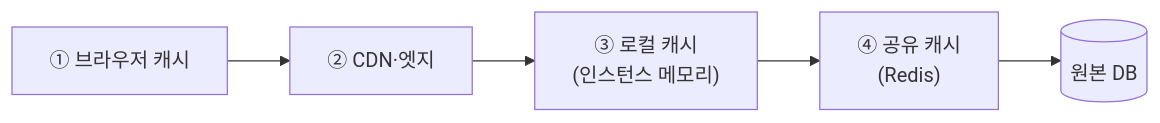
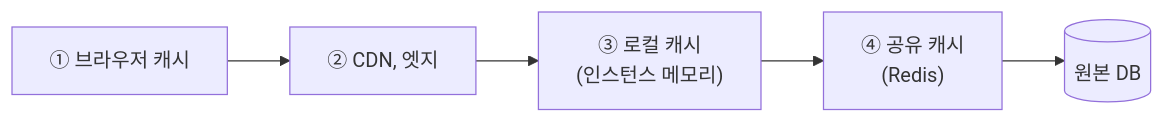
One commit to johnycho/johny-dev changed the diagram in blog/2026-09-07-web-cache-layers.mdx. Above: the diagram before and after it, drawn with Mermaid. The commit also changed other lines of this file and 188 other files, not shown here.

````diff
--- a/blog/2026-09-07-web-cache-layers.mdx
+++ b/blog/2026-09-07-web-cache-layers.mdx
@@ -19,7 +19,7 @@
 ```mermaid
 flowchart LR
-  B["① 브라우저 캐시"] --> C["② CDN·엣지"]
+  B["① 브라우저 캐시"] --> C["② CDN, 엣지"]
   C --> L["③ 로컬 캐시<br/>(인스턴스 메모리)"]
   L --> S["④ 공유 캐시<br/>(Redis)"]
   S --> DB[("원본 DB")]
 ```
````
